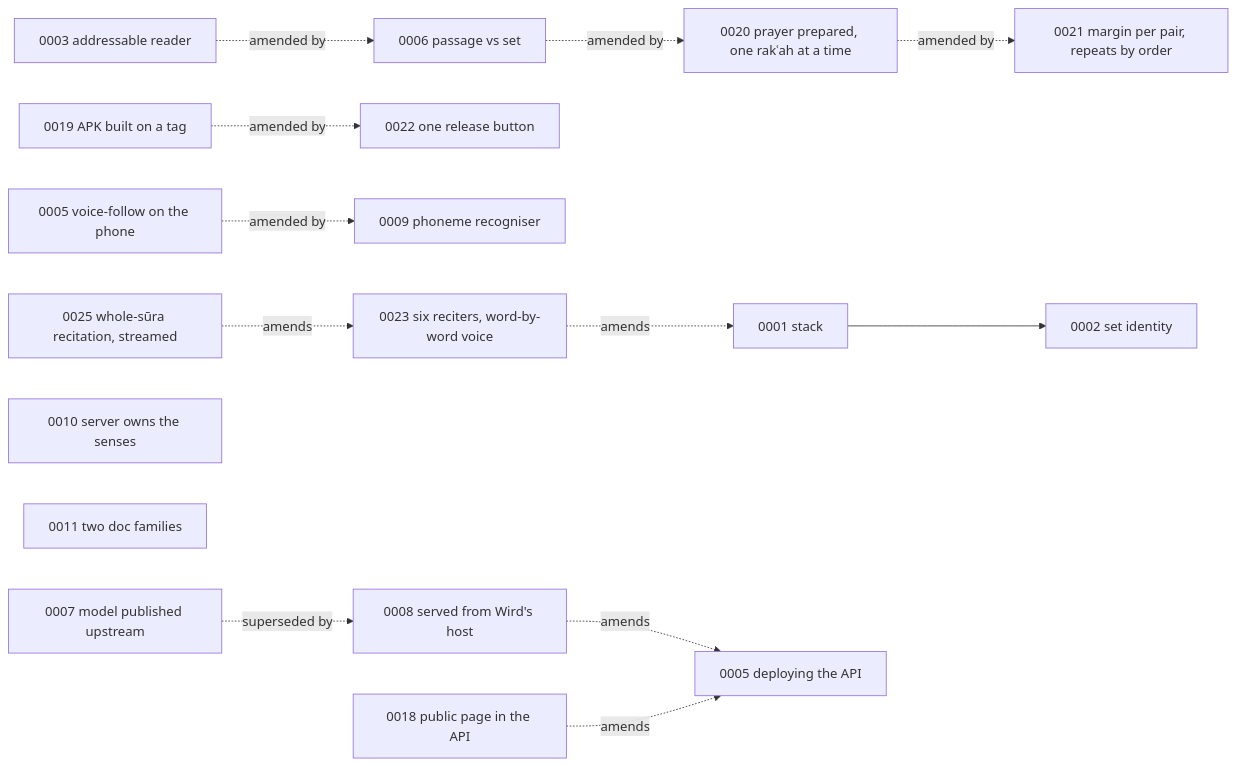
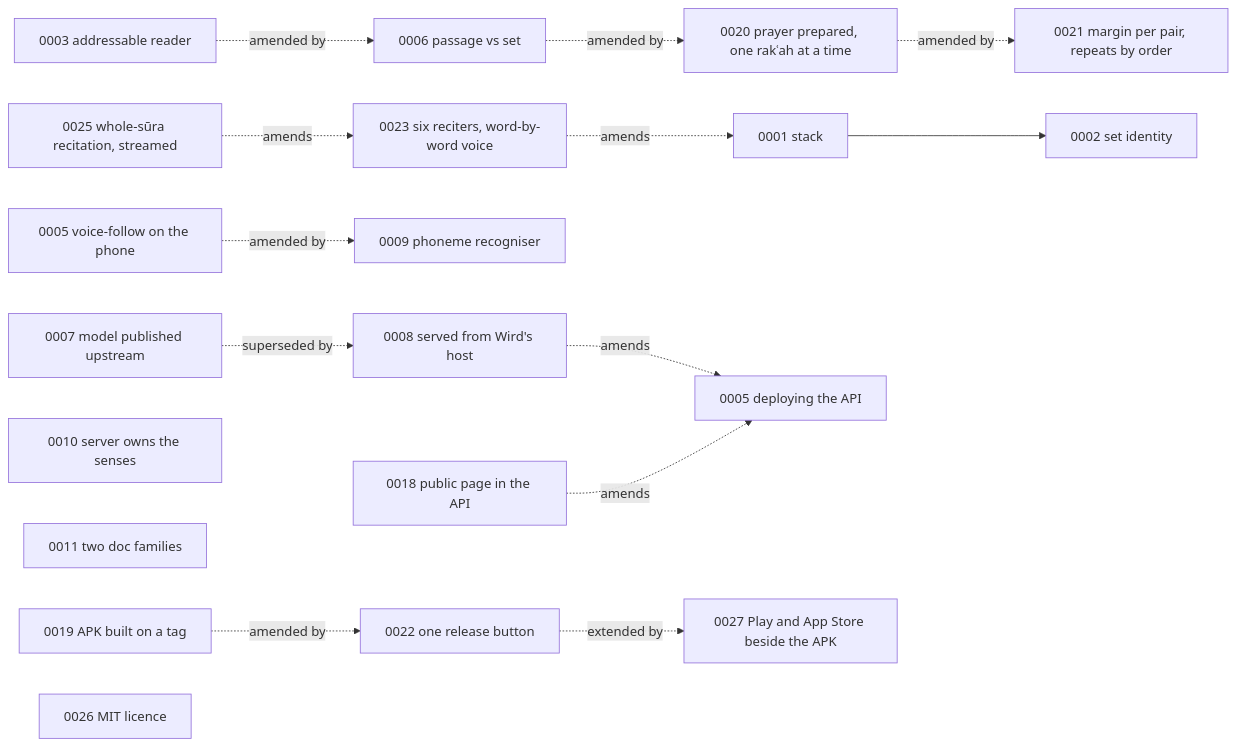
The diagram in docs/adr/README.md (MohammadBnei/wird), drawn with Mermaid before and after one commit. The commit also changed other lines of this file and 8 other files, not shown here.

First line of the commit message:
Document shipping through Play and the App Store

````diff
--- a/docs/adr/README.md
+++ b/docs/adr/README.md
@@ -7,16 +7,18 @@
 ```mermaid
 flowchart LR
   A1[0001 stack] --> A2[0002 set identity]
   A3[0003 addressable reader] -. amended by .-> A6[0006 passage vs set]
   A6 -. amended by .-> A20[0020 prayer prepared, one rakʿah at a time]
   A20 -. amended by .-> A21[0021 margin per pair, repeats by order]
   A19[0019 APK built on a tag] -. amended by .-> A22[0022 one release button]
   A5v[0005 voice-follow on the phone] -. amended by .-> A9[0009 phoneme recogniser]
   A7[0007 model published upstream] -. superseded by .-> A8[0008 served from Wird's host]
   A8 -. amends .-> A5d[0005 deploying the API]
   A10[0010 server owns the senses]
   A11[0011 two doc families]
   A18[0018 public page in the API] -. amends .-> A5d
   A23[0023 six reciters, word-by-word voice] -. amends .-> A1
   A25[0025 whole-sūra recitation, streamed] -. amends .-> A23
+  A22 -. extended by .-> A27[0027 Play and App Store beside the APK]
+  A26[0026 MIT licence]
 ```
````
